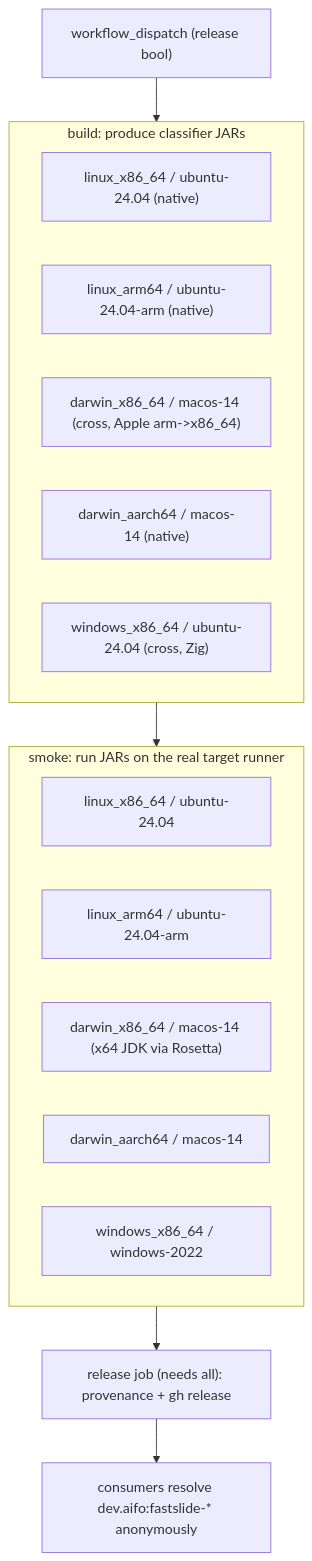
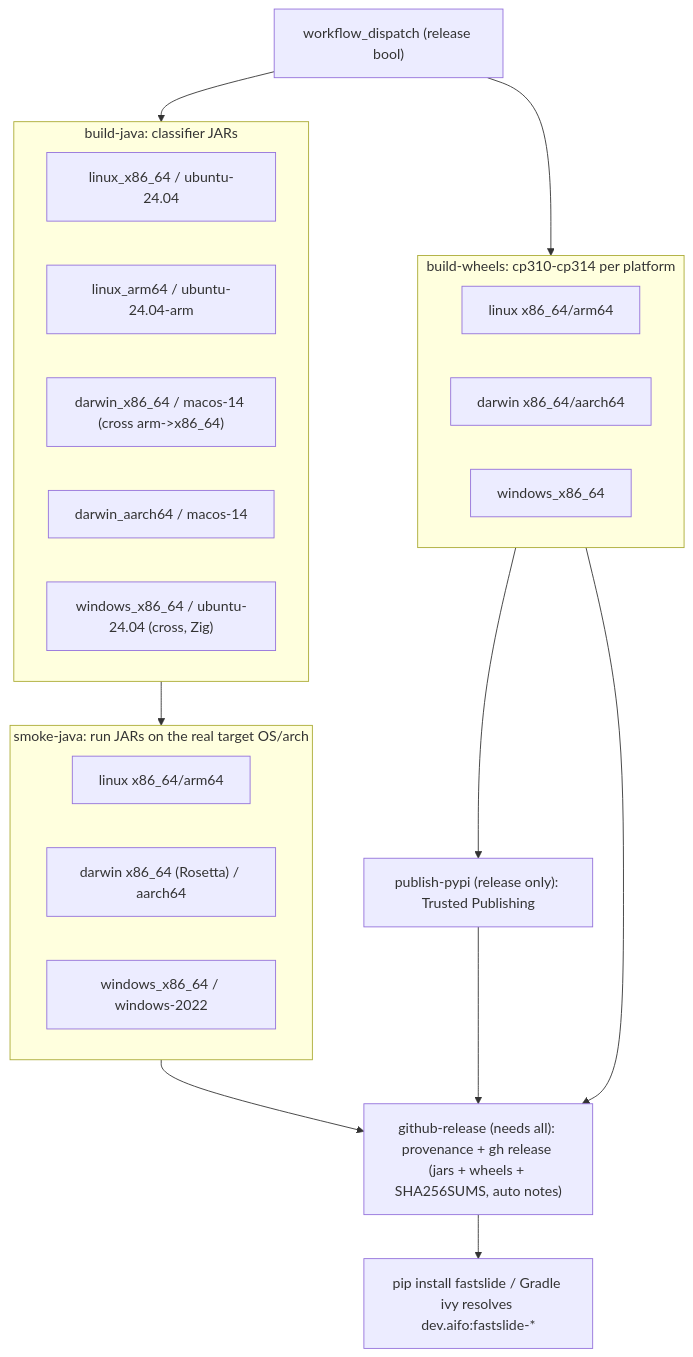
One commit to NKI-AI/fastslide changed the diagram in docs/source/guides/java_packages.rst. Above: the diagram before and after it, drawn with Mermaid. The commit also changed other lines of this file and 14 other files, not shown here.

Commit message:
fix(fastslide): java artifact building in GitHub

```diff
--- a/docs/source/guides/java_packages.rst
+++ b/docs/source/guides/java_packages.rst
@@ -132,21 +166,27 @@
 .. mermaid::
 
    flowchart TB
-       dispatch["workflow_dispatch (release bool)"] --> build
-       subgraph build [build: produce classifier JARs]
-           blx["linux_x86_64 / ubuntu-24.04 (native)"]
-           bla["linux_arm64 / ubuntu-24.04-arm (native)"]
-           bmx["darwin_x86_64 / macos-14 (cross, Apple arm->x86_64)"]
-           bma["darwin_aarch64 / macos-14 (native)"]
+       dispatch["workflow_dispatch (release bool)"] --> bj & bw
+       subgraph bj [build-java: classifier JARs]
+           blx["linux_x86_64 / ubuntu-24.04"]
+           bla["linux_arm64 / ubuntu-24.04-arm"]
+           bmx["darwin_x86_64 / macos-14 (cross arm->x86_64)"]
+           bma["darwin_aarch64 / macos-14"]
            bwx["windows_x86_64 / ubuntu-24.04 (cross, Zig)"]
        end
-       subgraph smoke [smoke: run JARs on the real target runner]
-           slx["linux_x86_64 / ubuntu-24.04"]
-           sla["linux_arm64 / ubuntu-24.04-arm"]
-           smx["darwin_x86_64 / macos-14 (x64 JDK via Rosetta)"]
-           sma["darwin_aarch64 / macos-14"]
+       subgraph sj [smoke-java: run JARs on the real target OS/arch]
+           slx["linux x86_64/arm64"]
+           smx["darwin x86_64 (Rosetta) / aarch64"]
            swx["windows_x86_64 / windows-2022"]
        end
-       build --> smoke
-       smoke --> rel["release job (needs all): provenance + gh release"]
-       rel --> ivy["consumers resolve dev.aifo:fastslide-* anonymously"]
+       subgraph bw [build-wheels: cp310-cp314 per platform]
+           wl["linux x86_64/arm64"]
+           wm["darwin x86_64/aarch64"]
+           ww["windows_x86_64"]
+       end
+       bj --> sj
+       bw --> pypi["publish-pypi (release only): Trusted Publishing"]
+       sj --> rel
+       bw --> rel
+       pypi --> rel["github-release (needs all): provenance + gh release (jars + wheels + SHA256SUMS, auto notes)"]
+       rel --> consumers["pip install fastslide / Gradle ivy resolves dev.aifo:fastslide-*"]
```
